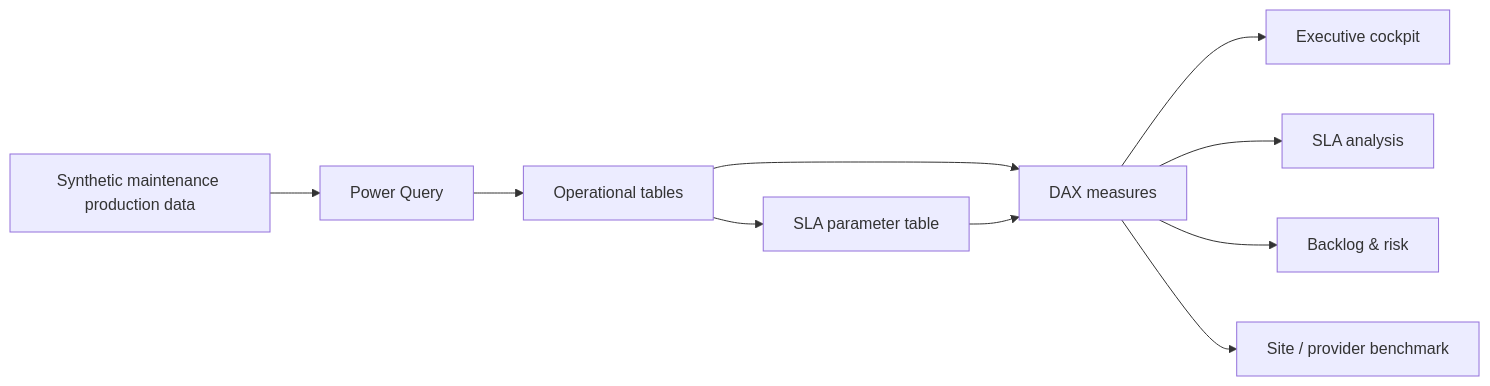
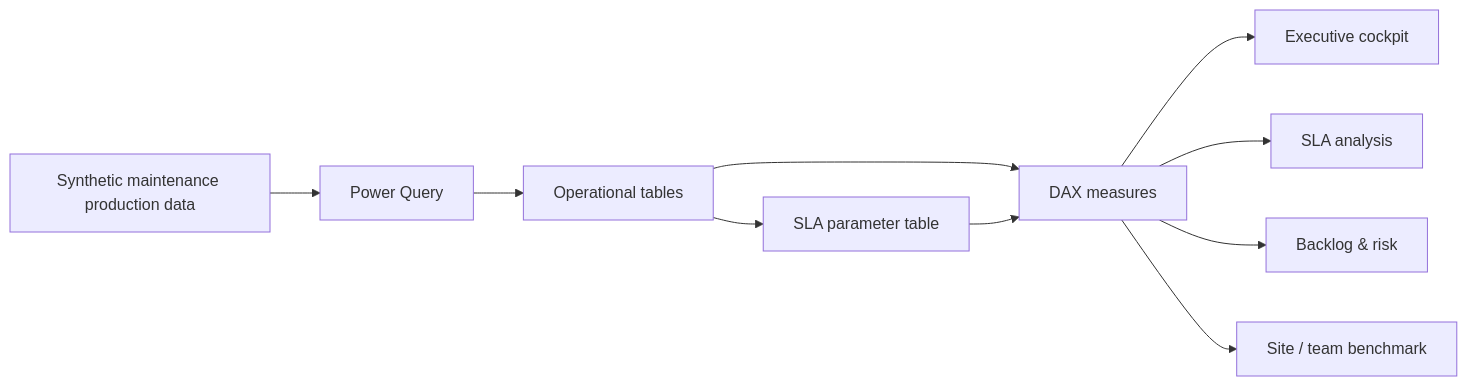
The first of 2 diagrams in powerbi-sla-penalties-portfolio/README.md (jeffersonkuku/powerbi-portfolio-projects), drawn with Mermaid before and after one commit. The commit also changed other lines of this file, not shown here.

````diff
--- a/powerbi-sla-penalties-portfolio/README.md
+++ b/powerbi-sla-penalties-portfolio/README.md
@@ -102,12 +232,12 @@
 ```mermaid
 flowchart LR
     A[Synthetic maintenance production data] --> B[Power Query]
     B --> C[Operational tables]
     C --> D[SLA parameter table]
     C --> E[DAX measures]
     D --> E
     E --> F[Executive cockpit]
     E --> G[SLA analysis]
     E --> H[Backlog & risk]
-    E --> I[Site / provider benchmark]
+    E --> I[Site / team benchmark]
 ```
````
